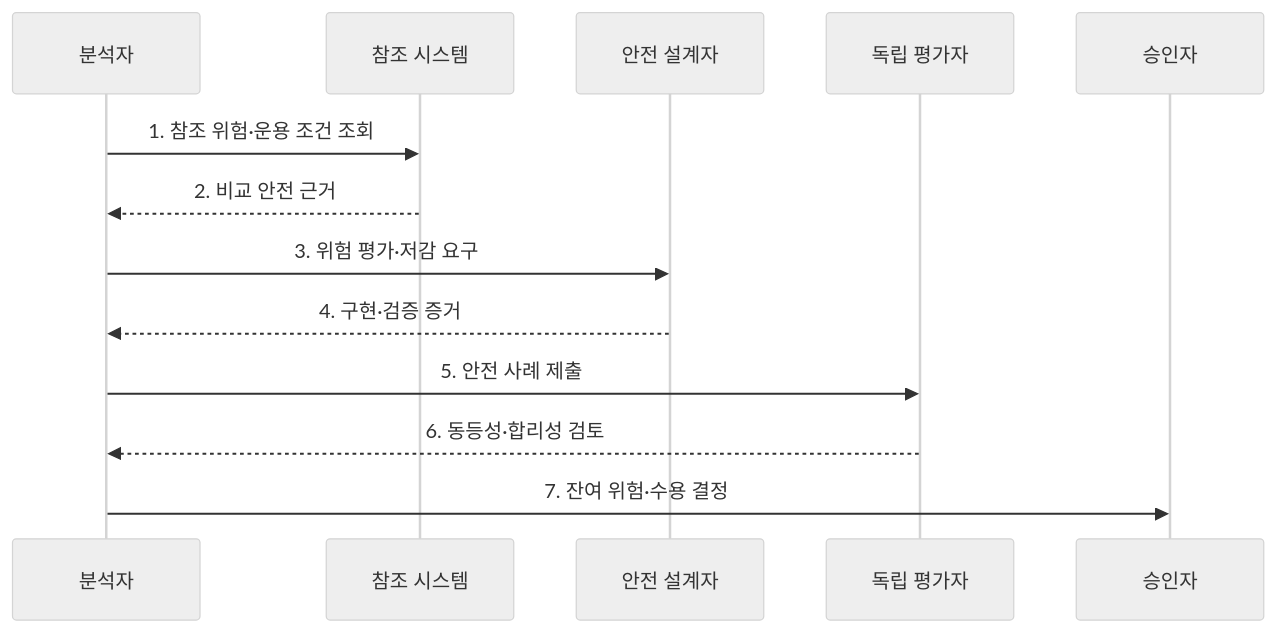
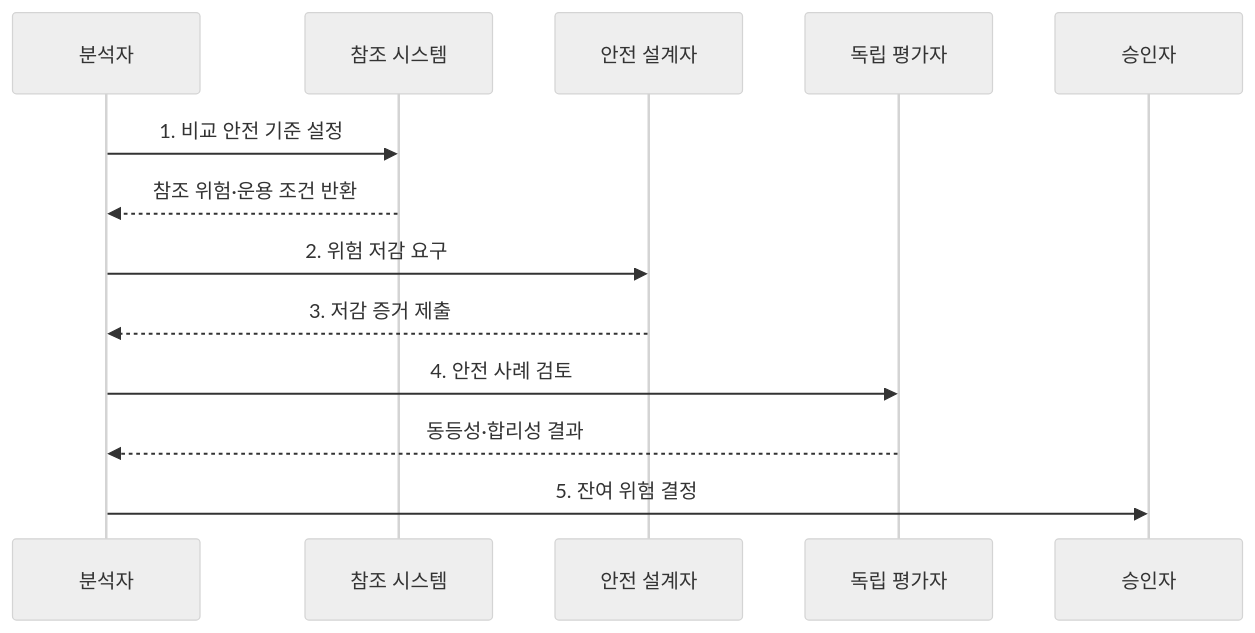
One commit to agnusdei1207/knowledge-base changed the second of 2 diagrams in src/content/docs/notes/03-software/077_software_safety_gamab_alarp.md. Above: the diagram before and after it, drawn with Mermaid (neutral theme). The commit also changed other lines of this file and 238 other files, not shown here.

````diff
--- a/src/content/docs/notes/03-software/077_software_safety_gamab_alarp.md
+++ b/src/content/docs/notes/03-software/077_software_safety_gamab_alarp.md
@@ -78,15 +78,15 @@
 ```mermaid
 sequenceDiagram
     participant A as 분석자
     participant F as 참조 시스템
     participant S as 안전 설계자
     participant V as 독립 평가자
     participant R as 승인자
-    A->>F: 1. 참조 위험·운용 조건 조회
-    F-->>A: 2. 비교 안전 근거
-    A->>S: 3. 위험 평가·저감 요구
-    S-->>A: 4. 구현·검증 증거
-    A->>V: 5. 안전 사례 제출
-    V-->>A: 6. 동등성·합리성 검토
-    A->>R: 7. 잔여 위험·수용 결정
+    A->>F: 1. 비교 안전 기준 설정
+    F-->>A: 참조 위험·운용 조건 반환
+    A->>S: 2. 위험 저감 요구
+    S-->>A: 3. 저감 증거 제출
+    A->>V: 4. 안전 사례 검토
+    V-->>A: 동등성·합리성 결과
+    A->>R: 5. 잔여 위험 결정
 ```
````
